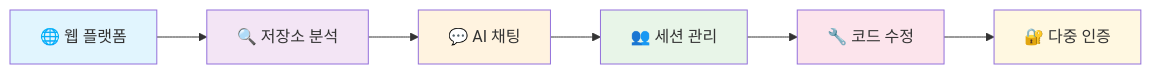
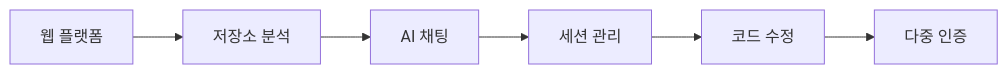
One commit to nmmm9/3rd_project changed the first of 2 diagrams in Output/프로젝트_요구사항_정의서.md. Above: the diagram before and after it, drawn with Mermaid. The commit also changed other lines of this file, not shown here.

````diff
--- a/Output/프로젝트_요구사항_정의서.md
+++ b/Output/프로젝트_요구사항_정의서.md
@@ -66,15 +49,8 @@
 ```mermaid
 graph LR
-    A[🌐 웹 플랫폼] --> B[🔍 저장소 분석]
-    B --> C[💬 AI 채팅]
-    C --> D[👥 세션 관리]
-    D --> E[🔧 코드 수정]
-    E --> F[🔐 다중 인증]
-    
-    style A fill:#e1f5fe
-    style B fill:#f3e5f5
-    style C fill:#fff3e0
-    style D fill:#e8f5e8
-    style E fill:#fce4ec
-    style F fill:#fff8e1
+    A[웹 플랫폼] --> B[저장소 분석]
+    B --> C[AI 채팅]
+    C --> D[세션 관리]
+    D --> E[코드 수정]
+    E --> F[다중 인증]
 ```
````
